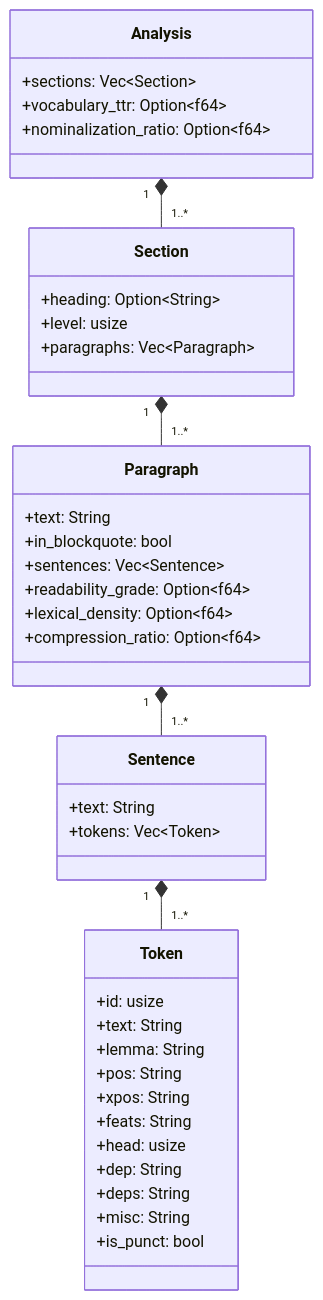
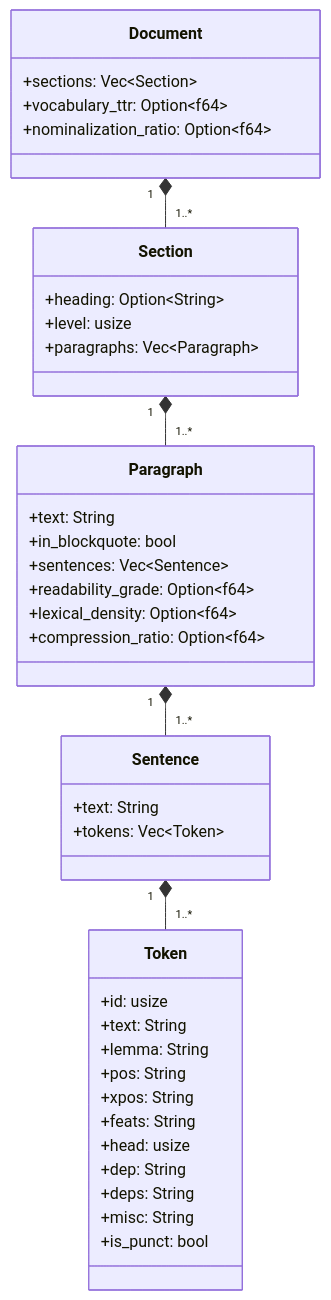
Before and after one commit to mox-labs/matra: the diagram in book/src/concepts/domain-types.md, drawn with Mermaid. The commit also changed other lines of this file and 27 other files, not shown here.

First line of the commit message:
refactor(domain)!: rename Analysis to Document; lock abstract-tier vocab (ADR-0006)

````diff
--- a/book/src/concepts/domain-types.md
+++ b/book/src/concepts/domain-types.md
@@ -7,43 +7,43 @@
 ```mermaid
 classDiagram
     class Token {
         +id: usize
         +text: String
         +lemma: String
         +pos: String
         +xpos: String
         +feats: String
         +head: usize
         +dep: String
         +deps: String
         +misc: String
         +is_punct: bool
     }
     class Sentence {
         +text: String
         +tokens: Vec~Token~
     }
     class Paragraph {
         +text: String
         +in_blockquote: bool
         +sentences: Vec~Sentence~
         +readability_grade: Option~f64~
         +lexical_density: Option~f64~
         +compression_ratio: Option~f64~
     }
     class Section {
         +heading: Option~String~
         +level: usize
         +paragraphs: Vec~Paragraph~
     }
-    class Analysis {
+    class Document {
         +sections: Vec~Section~
         +vocabulary_ttr: Option~f64~
         +nominalization_ratio: Option~f64~
     }
 
     Sentence "1" *-- "1..*" Token
     Paragraph "1" *-- "1..*" Sentence
     Section "1" *-- "1..*" Paragraph
-    Analysis "1" *-- "1..*" Section
+    Document "1" *-- "1..*" Section
 ```
````
